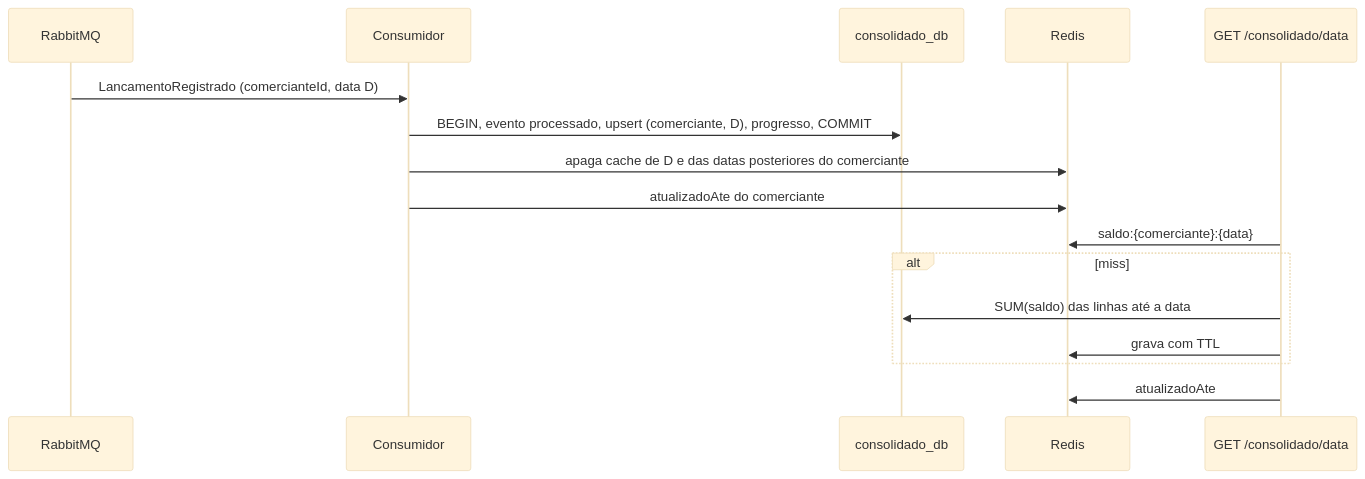
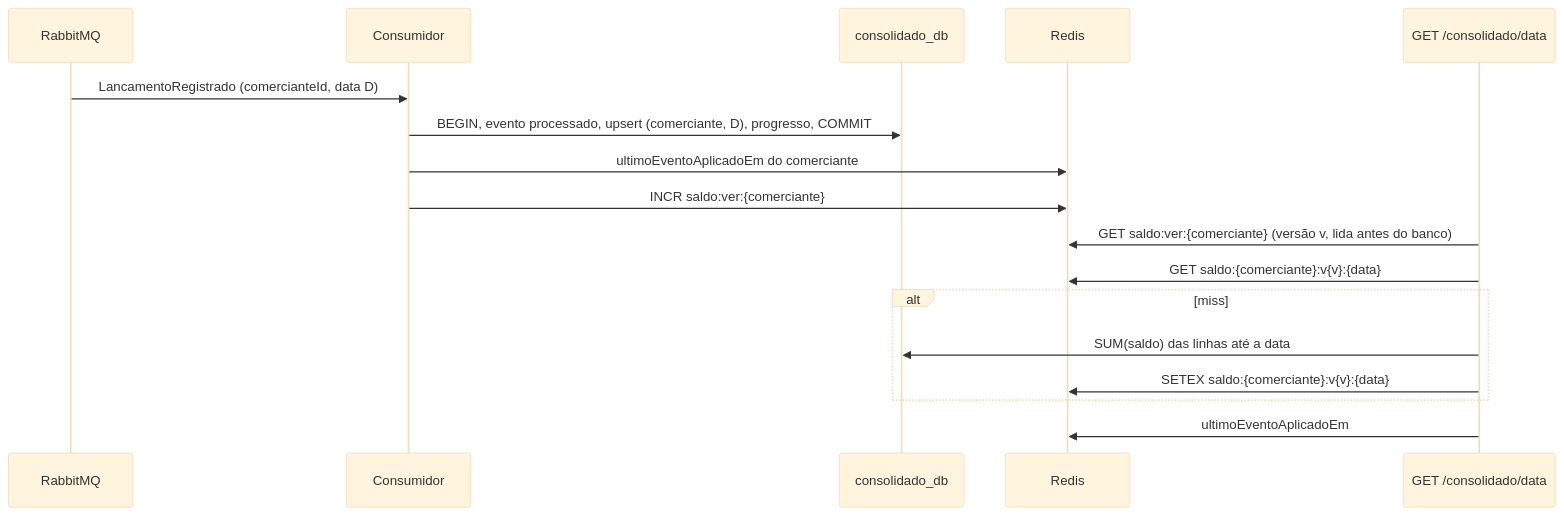
One commit to Matheussferreira/desafio-carrefour changed the diagram in docs/adrs/ADR-009-saldo-acumulado-e-multi-comerciante.md. Above: the diagram before and after it, drawn with Mermaid (base theme). The commit also changed other lines of this file and 14 other files, not shown here.

First line of the commit message:
fix(consolidado): cache versionado por comerciante e ultimoEventoAplicadoEm

````diff
--- a/docs/adrs/ADR-009-saldo-acumulado-e-multi-comerciante.md
+++ b/docs/adrs/ADR-009-saldo-acumulado-e-multi-comerciante.md
@@ -55,19 +57,20 @@
 ```mermaid
 sequenceDiagram
     participant MQ as RabbitMQ
     participant C as Consumidor
     participant DB as consolidado_db
     participant R as Redis
     participant API as GET /consolidado/data
 
     MQ->>C: LancamentoRegistrado (comercianteId, data D)
     C->>DB: BEGIN, evento processado, upsert (comerciante, D), progresso, COMMIT
-    C->>R: apaga cache de D e das datas posteriores do comerciante
-    C->>R: atualizadoAte do comerciante
-    API->>R: saldo:{comerciante}:{data}
+    C->>R: ultimoEventoAplicadoEm do comerciante
+    C->>R: INCR saldo:ver:{comerciante}
+    API->>R: GET saldo:ver:{comerciante} (versão v, lida antes do banco)
+    API->>R: GET saldo:{comerciante}:v{v}:{data}
     alt miss
         API->>DB: SUM(saldo) das linhas até a data
-        API->>R: grava com TTL
+        API->>R: SETEX saldo:{comerciante}:v{v}:{data}
     end
-    API->>R: atualizadoAte
+    API->>R: ultimoEventoAplicadoEm
 ```
````
